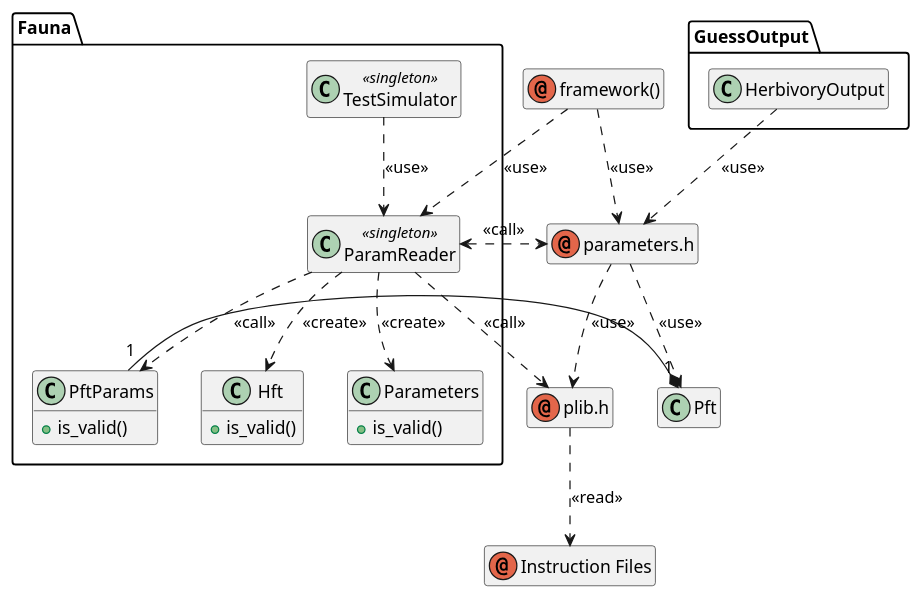
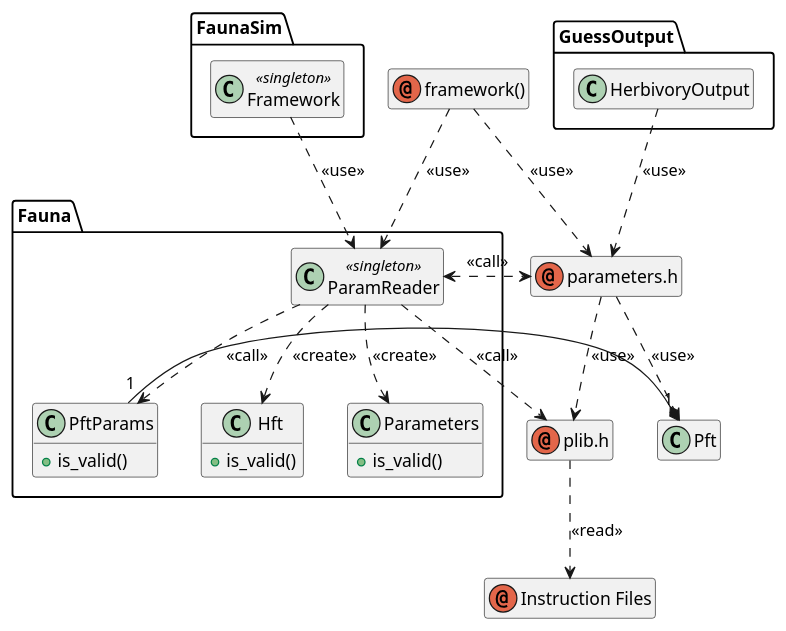
The second of 6 diagrams in doxygen/herbiv_design.md (wtraylor/modular_megafauna_model), drawn with PlantUML before and after one commit. The commit also changed other lines of this file and 11 other files, not shown here.

```diff
--- a/doxygen/herbiv_design.md
+++ b/doxygen/herbiv_design.md
@@ -108,37 +108,37 @@
 @startuml "Interactions of parameter-related classes in the herbivory module" 
 hide members
 hide methods
 annotation "framework()"       as framework
 annotation "Instruction Files" as insfiles
 annotation "plib.h"            as plib
 annotation "parameters.h"      as parameters
-class "Fauna.TestSimulator" <<singleton>>
+class "FaunaSim.Framework" <<singleton>>
 class "Fauna.ParamReader"   <<singleton>>
 Pft                "1" *-- "1" Fauna.PftParams
 framework           ..> Fauna.ParamReader : <<use>>
 parameters          ..> Pft               : <<use>>
 GuessOutput.HerbivoryOutput     ..> parameters        : <<use>>
 parameters          ..> plib              : <<use>>
 plib                ..> insfiles          : <<read>>
 framework           ..> parameters        : <<use>>
 namespace Fauna {
-	TestSimulator ..> ParamReader : <<use>>
 	ParamReader  <..> .parameters : <<call>>
 	ParamReader   ..> .plib       : <<call>>
 	ParamReader   ..> Hft         : <<create>>
 	ParamReader   ..> PftParams   : <<call>>
 	ParamReader   ..> Parameters  : <<create>>
 	class Hft {
 		+is_valid()
 	}
 	show Hft methods
 	class Parameters {
 		+is_valid()
 	}
 	show Parameters methods
 	class PftParams {
 		+is_valid()
 	}
 	show PftParams methods
 }
+FaunaSim.Framework ..> Fauna.ParamReader : <<use>>
 @enduml
```
